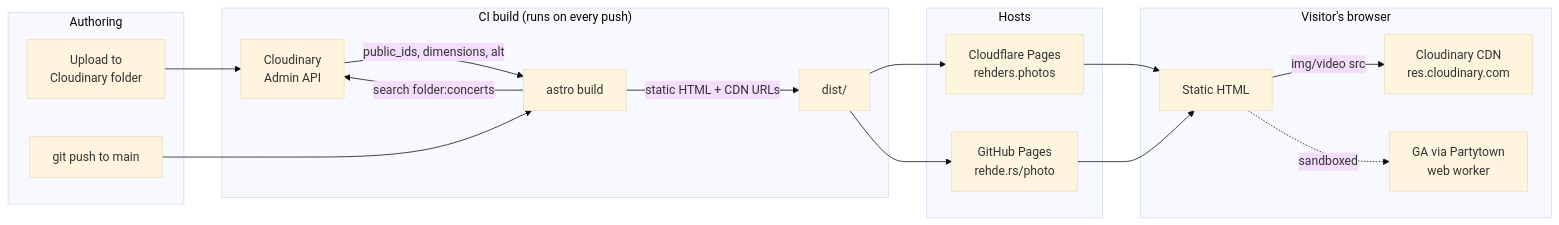
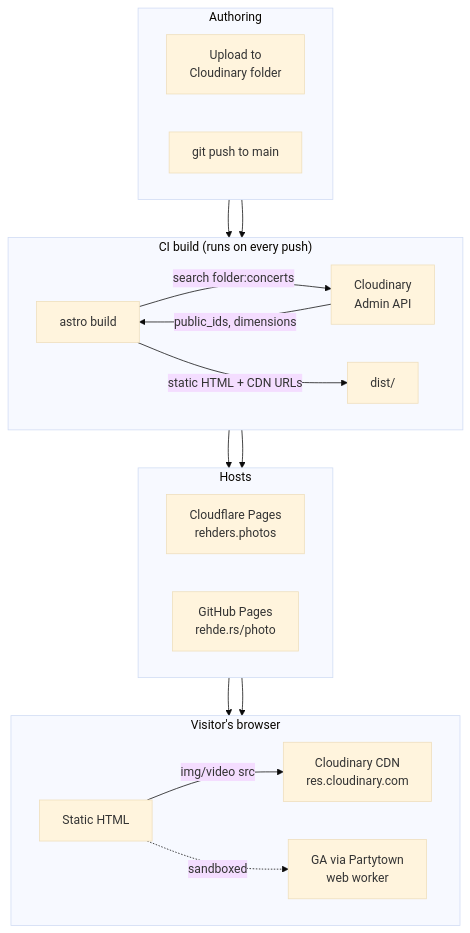
One commit to zspherez/photo changed the diagram in README.md. Above: the diagram before and after it, drawn with Mermaid (base theme).

Commit message:
flip arch diagram to top-down so it fits the page

````diff
--- a/README.md
+++ b/README.md
@@ -19,35 +19,40 @@
 ```mermaid
-flowchart LR
+flowchart TD
     subgraph author["Authoring"]
+        direction LR
         upload[Upload to<br/>Cloudinary folder]
         commit[git push to main]
     end
 
     subgraph build["CI build (runs on every push)"]
+        direction LR
         astro["astro build"]
         api[Cloudinary<br/>Admin API]
+        dist[dist/]
         astro -->|"search folder:concerts"| api
-        api -->|public_ids, dimensions, alt| astro
-        astro -->|static HTML + CDN URLs| dist[dist/]
+        api -->|public_ids, dimensions| astro
+        astro -->|static HTML + CDN URLs| dist
     end
 
     subgraph hosts["Hosts"]
+        direction LR
         cf[Cloudflare Pages<br/>rehders.photos]
         gh[GitHub Pages<br/>rehde.rs/photo]
     end
 
     subgraph runtime["Visitor's browser"]
+        direction LR
         html[Static HTML]
         cdn[Cloudinary CDN<br/>res.cloudinary.com]
         gtm[GA via Partytown<br/>web worker]
         html -->|img/video src| cdn
         html -.->|sandboxed| gtm
     end
 
     upload --> api
     commit --> astro
     dist --> cf
     dist --> gh
     cf --> html
     gh --> html
 ```
````
